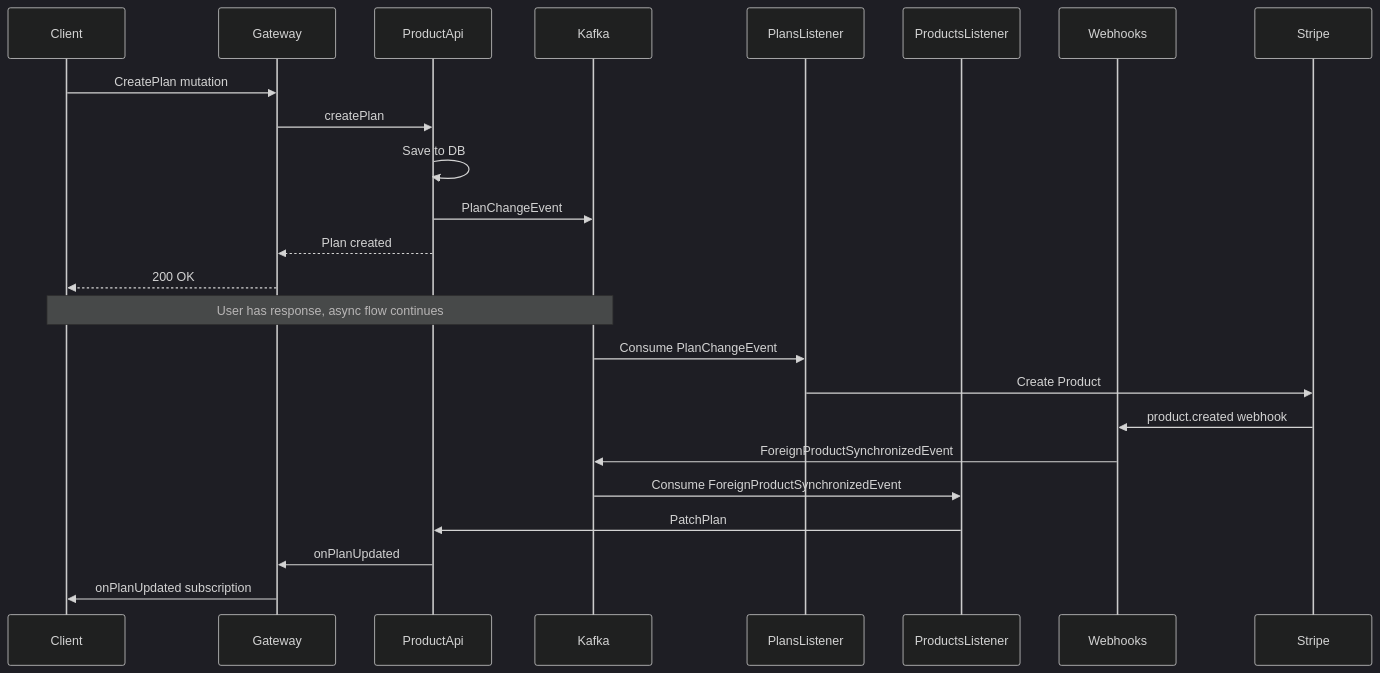
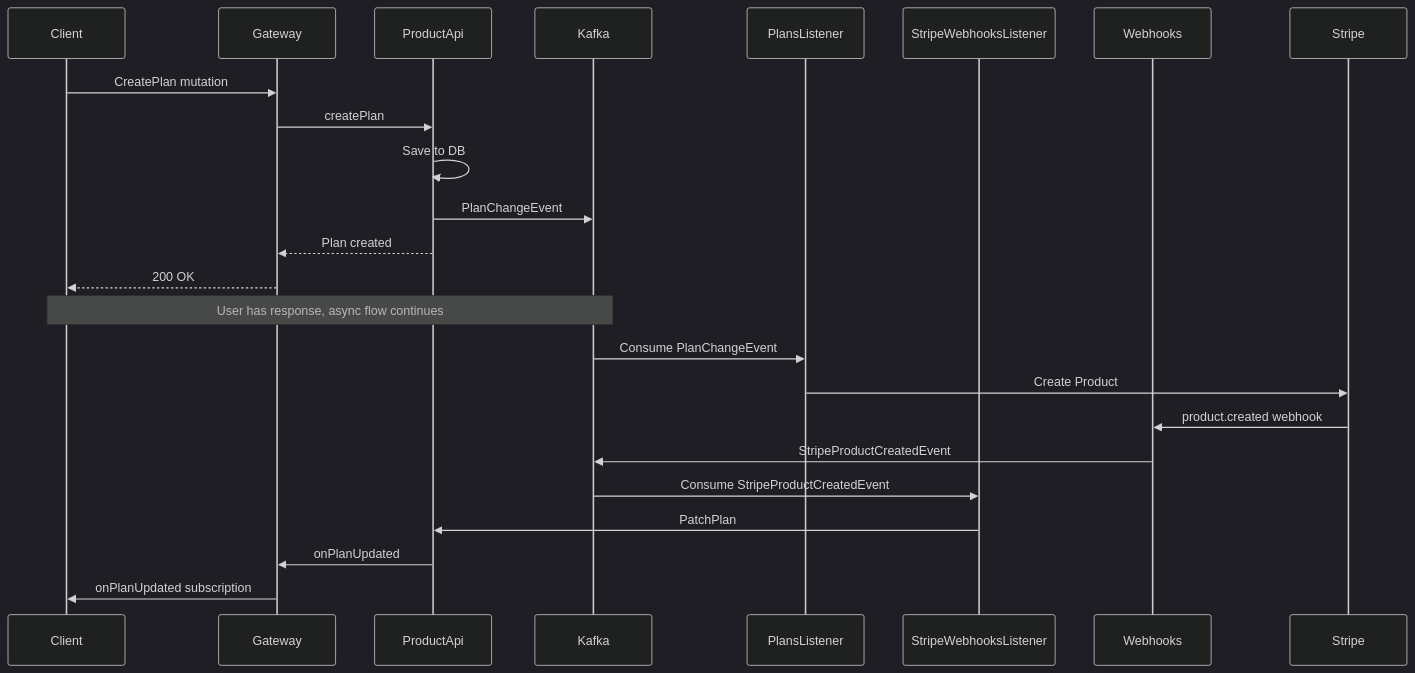
The diagram in README.md (getnudges/monov4), drawn with Mermaid (dark theme) before and after one commit. The commit also changed other lines of this file and 37 other files, not shown here.

Commit message:
Got rid of foreign product concept in events

````diff
--- a/README.md
+++ b/README.md
@@ -118,29 +118,29 @@
 ```mermaid
 sequenceDiagram
     participant Client
     participant Gateway
     participant ProductApi
     participant Kafka
     participant PlansListener
-    participant ProductsListener
+    participant StripeWebhooksListener
     participant Webhooks
     participant Stripe
     
     Client->>Gateway: CreatePlan mutation
     Gateway->>ProductApi: createPlan
     ProductApi->>ProductApi: Save to DB
     ProductApi->>Kafka: PlanChangeEvent
     ProductApi-->>Gateway: Plan created
     Gateway-->>Client: 200 OK
     
     Note over Client,Kafka: User has response, async flow continues
     
     Kafka->>PlansListener: Consume PlanChangeEvent
     PlansListener->>Stripe: Create Product
     Stripe->>Webhooks: product.created webhook
-    Webhooks->>Kafka: ForeignProductSynchronizedEvent
-    Kafka->>ProductsListener: Consume ForeignProductSynchronizedEvent
-    ProductsListener->>ProductApi: PatchPlan
+    Webhooks->>Kafka: StripeProductCreatedEvent
+    Kafka->>StripeWebhooksListener: Consume StripeProductCreatedEvent
+    StripeWebhooksListener->>ProductApi: PatchPlan
     ProductApi->>Gateway: onPlanUpdated
     Gateway->>Client: onPlanUpdated subscription
 ```
````
